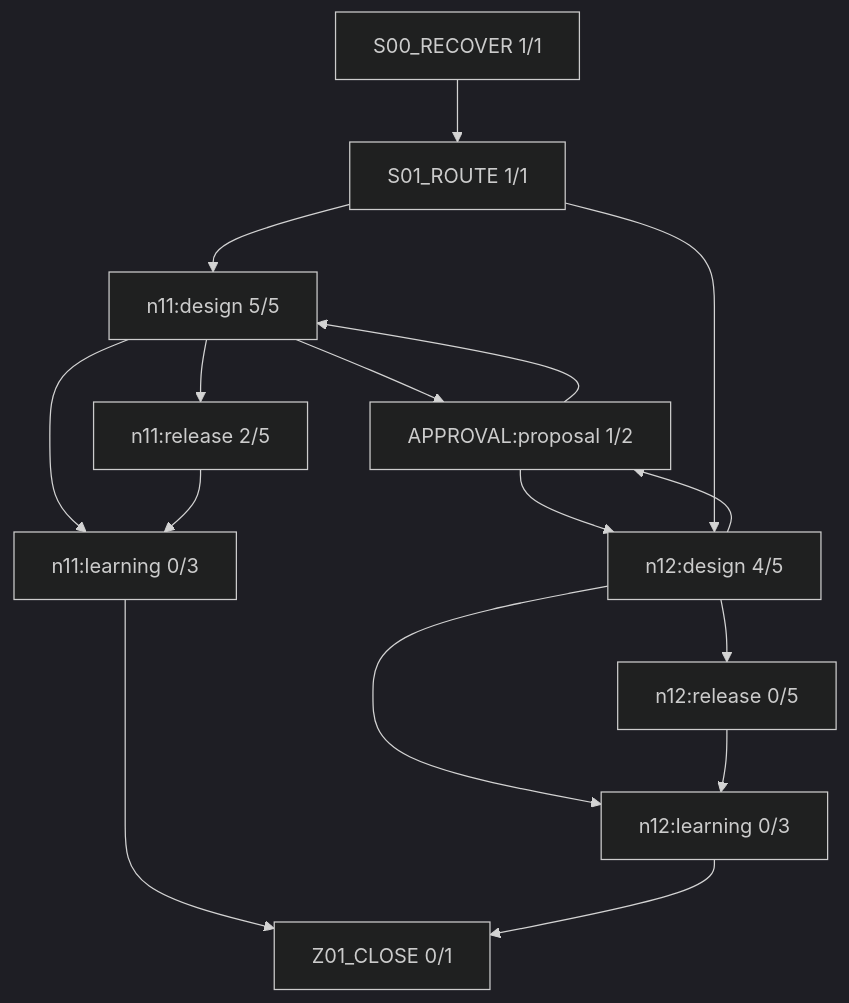
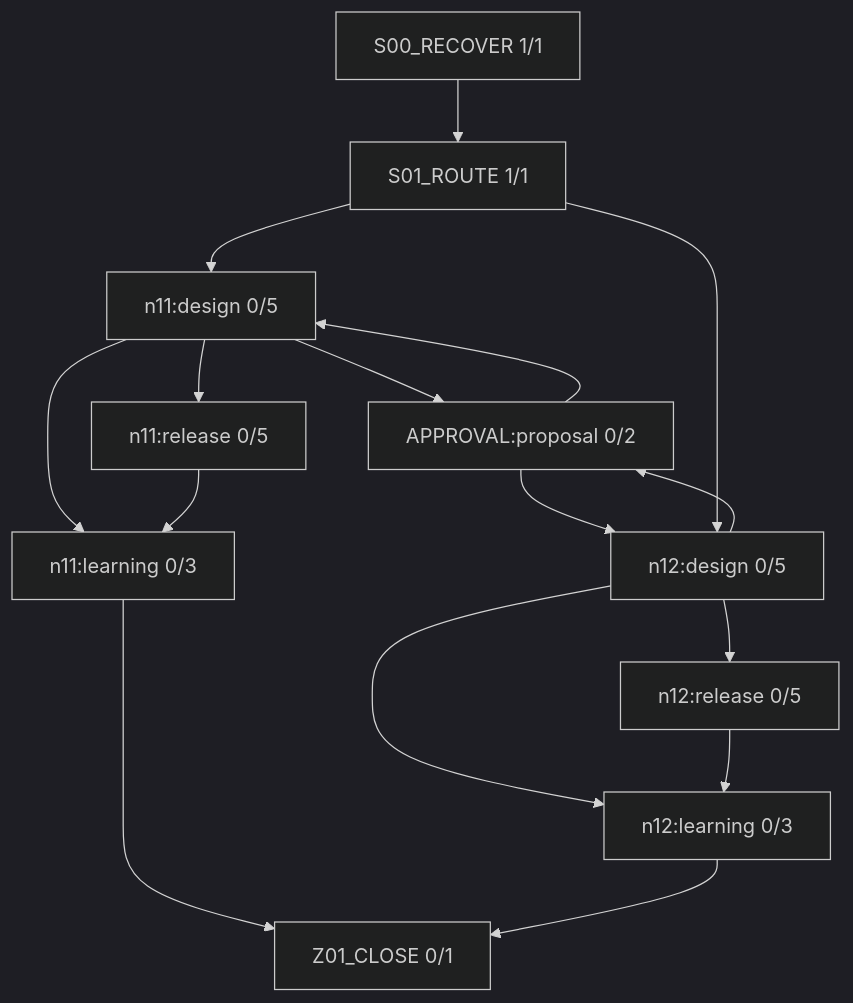
One commit to rrikunagasige-dot/kyotsu-step-web changed the diagram in work/items/W-MATH-047-n1112-guided-review/generated/FIRE_DIAGRAM.md. Above: the diagram before and after it, drawn with Mermaid (dark theme). The commit also changed other lines of this file and 50 other files, not shown here.

````diff
--- a/work/items/W-MATH-047-n1112-guided-review/generated/FIRE_DIAGRAM.md
+++ b/work/items/W-MATH-047-n1112-guided-review/generated/FIRE_DIAGRAM.md
@@ -5,28 +5,28 @@
 ```mermaid
 flowchart TD
   N0["S00_RECOVER 1/1"]
   N1["S01_ROUTE 1/1"]
-  N2["n11:design 5/5"]
-  N3["APPROVAL:proposal 1/2"]
-  N4["n11:release 2/5"]
-  N5["n12:design 4/5"]
+  N2["n11:design 0/5"]
+  N3["APPROVAL:proposal 0/2"]
+  N4["n11:release 0/5"]
+  N5["n12:design 0/5"]
   N6["n12:release 0/5"]
   N7["n11:learning 0/3"]
   N8["n12:learning 0/3"]
   N9["Z01_CLOSE 0/1"]
   N3 --> N2
   N3 --> N5
   N0 --> N1
   N1 --> N2
   N1 --> N5
   N2 --> N3
   N2 --> N7
   N2 --> N4
   N7 --> N9
   N4 --> N7
   N5 --> N3
   N5 --> N8
   N5 --> N6
   N8 --> N9
   N6 --> N8
 ```
````
